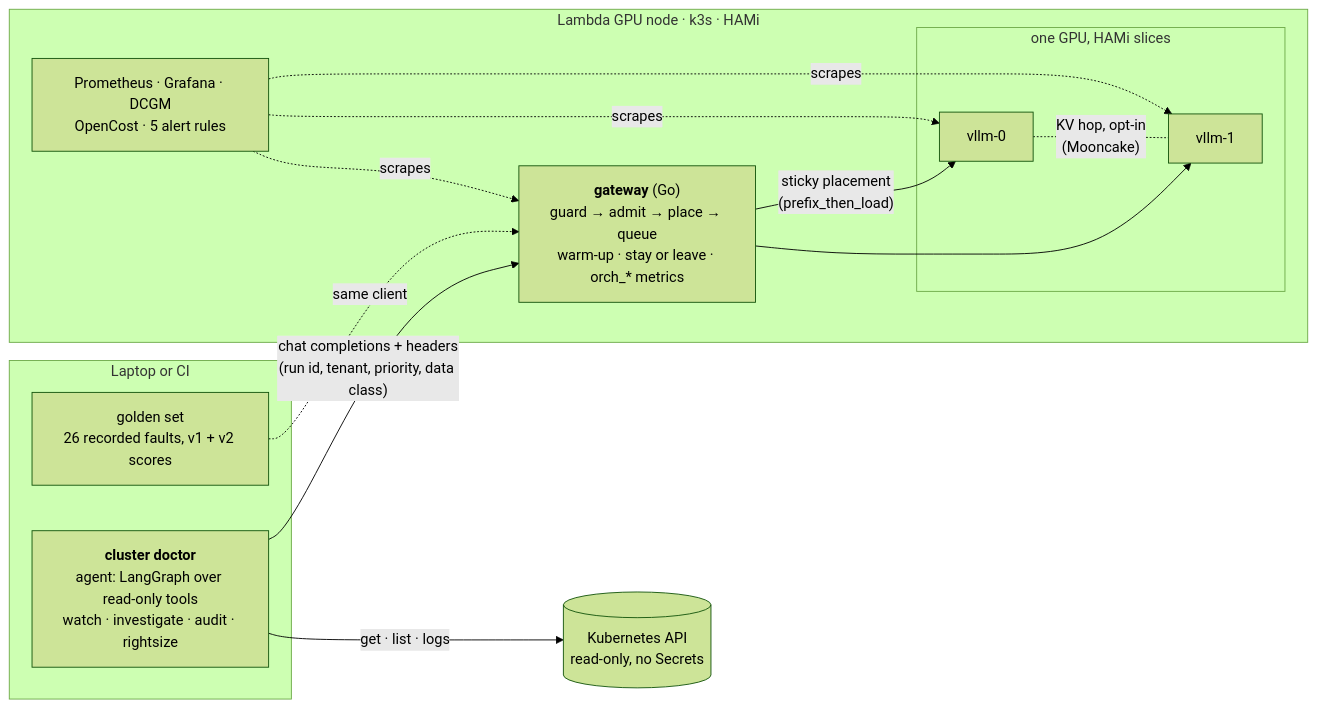
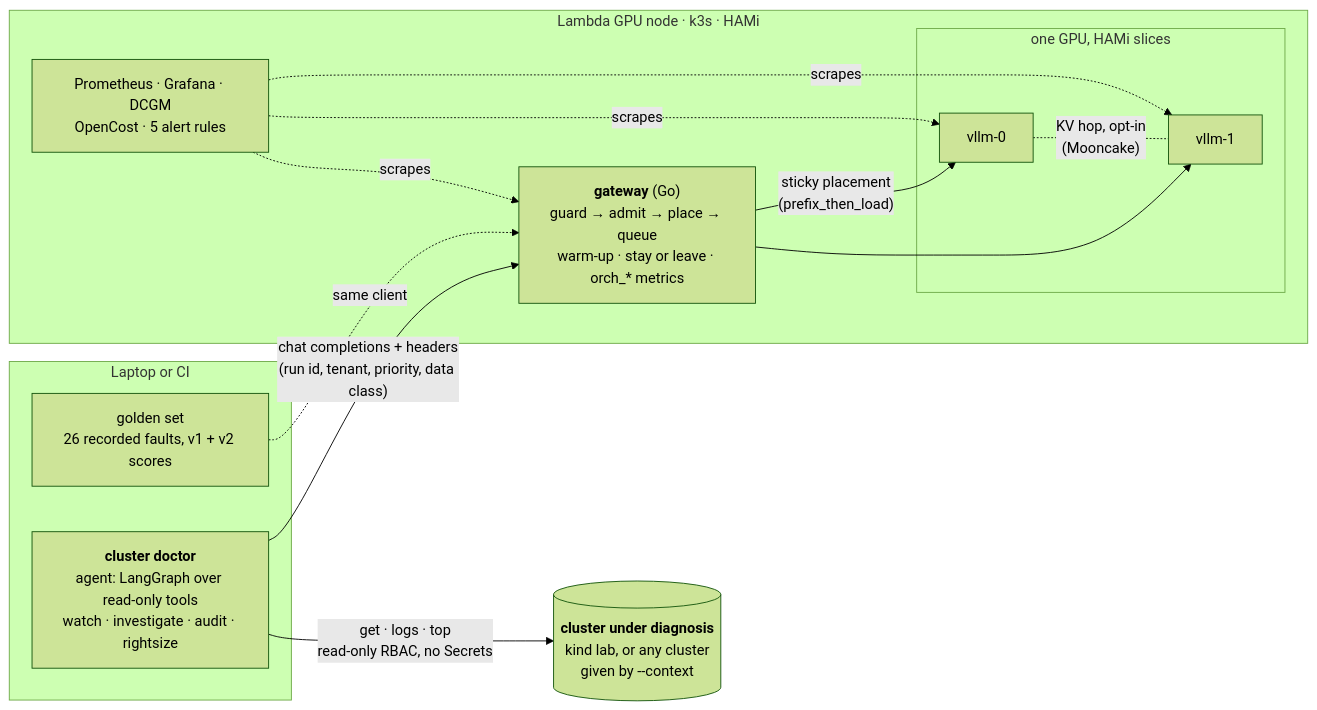
One commit to cduggn/Ariadne changed the diagram in design/architecture.md. Above: the diagram before and after it, drawn with Mermaid (forest theme). The commit also changed other lines of this file and 1 other file, not shown here.

Commit message:
README: show the full architecture diagram; label the cluster under diagnosis
The README's diagram was a cut-down copy that lost what each call carries. Both
diagrams now name the Kubernetes box as the cluster the doctor diagnoses (the kind
lab or any --context), separate from the GPU node, with the read-only RBAC on the
arrow and the verbs the code actually allows (get, logs, top).

````diff
--- a/design/architecture.md
+++ b/design/architecture.md
@@ -3,28 +3,28 @@
 ```mermaid
 flowchart LR
     subgraph laptop["Laptop or CI"]
         doctor["<b>cluster doctor</b><br/>agent: LangGraph over read-only tools<br/>watch · investigate · audit · rightsize"]
         evals["golden set<br/>26 recorded faults, v1 + v2 scores"]
     end
 
     subgraph node["Lambda GPU node · k3s · HAMi"]
         gw["<b>gateway</b> (Go)<br/>guard → admit → place → queue<br/>warm-up · stay or leave · orch_* metrics"]
         subgraph gpu["one GPU, HAMi slices"]
             v0["vllm-0"]
             v1["vllm-1"]
         end
         obs["Prometheus · Grafana · DCGM<br/>OpenCost · 5 alert rules"]
     end
 
-    k8s[("Kubernetes API<br/>read-only, no Secrets")]
+    target[("<b>cluster under diagnosis</b><br/>kind lab, or any cluster<br/>given by --context")]
 
     doctor -- "chat completions + headers<br/>(run id, tenant, priority, data class)" --> gw
     evals -. "same client" .-> gw
     gw -- "sticky placement<br/>(prefix_then_load)" --> v0
     gw --> v1
     v0 -. "KV hop, opt-in<br/>(Mooncake)" .- v1
-    doctor -- "get · list · logs" --> k8s
+    doctor -- "get · logs · top<br/>read-only RBAC, no Secrets" --> target
     obs -. scrapes .-> gw
     obs -. scrapes .-> v0
     obs -. scrapes .-> v1
 ```
````
